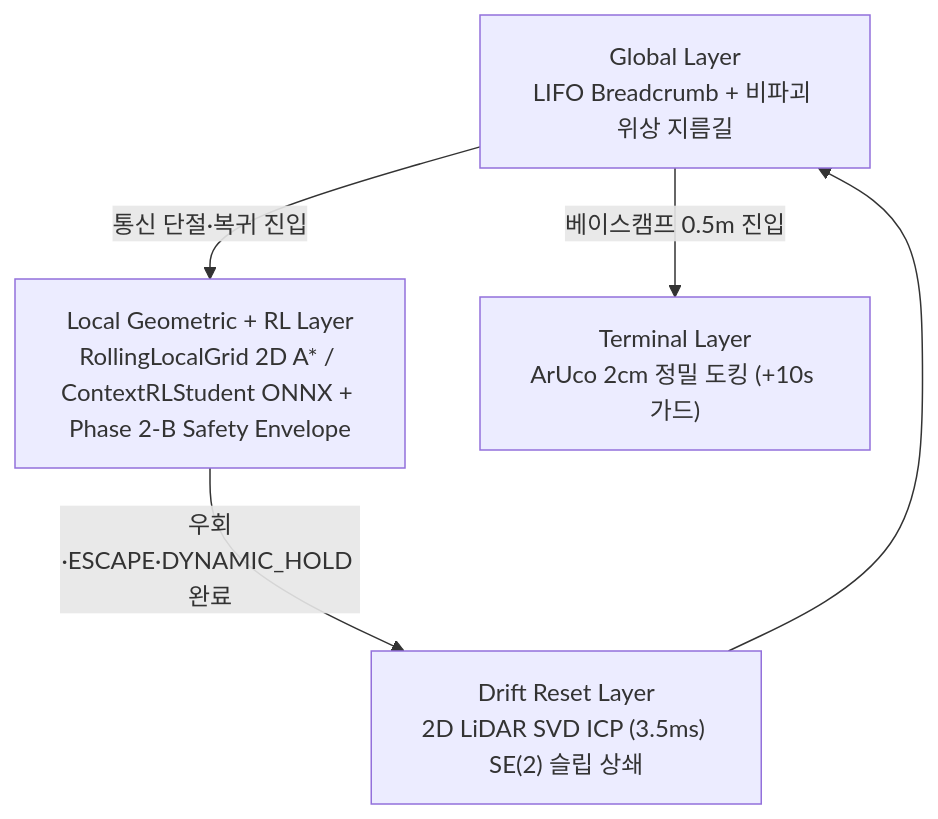
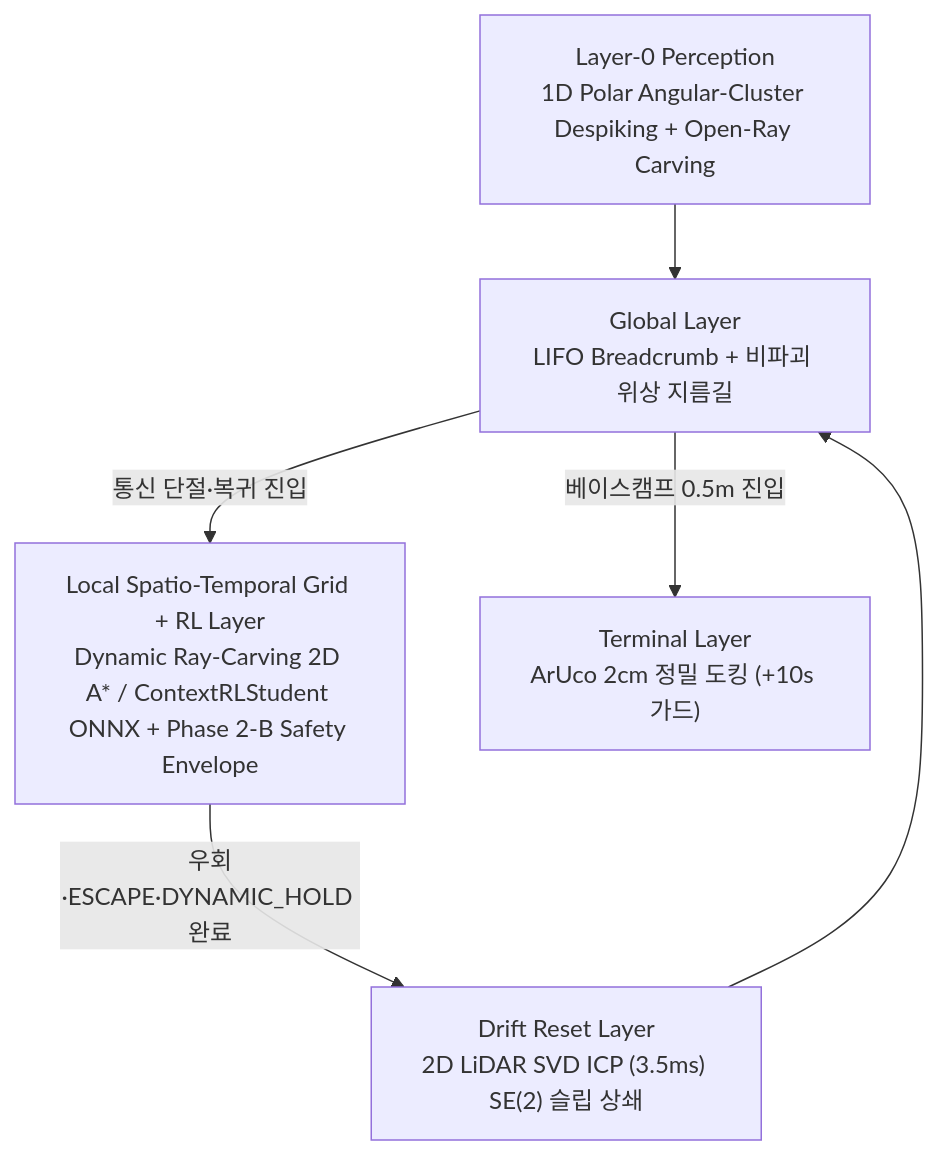
One commit to rjw136-lab/disaster_recovery_ws changed the third of 3 diagrams in README.md. Above: the diagram before and after it, drawn with Mermaid. The commit also changed other lines of this file and 31 other files, not shown here.

````diff
--- a/README.md
+++ b/README.md
@@ -238,7 +238,8 @@
 ```mermaid
 flowchart TD
-    G["Global Layer<br/>LIFO Breadcrumb + 비파괴 위상 지름길"] -->|"통신 단절·복귀 진입"| L["Local Geometric + RL Layer<br/>RollingLocalGrid 2D A* / ContextRLStudent ONNX + Phase 2-B Safety Envelope"]
+    S["Layer-0 Perception<br/>1D Polar Angular-Cluster Despiking + Open-Ray Carving"] --> G["Global Layer<br/>LIFO Breadcrumb + 비파괴 위상 지름길"]
+    G -->|"통신 단절·복귀 진입"| L["Local Spatio-Temporal Grid + RL Layer<br/>Dynamic Ray-Carving 2D A* / ContextRLStudent ONNX + Phase 2-B Safety Envelope"]
     L -->|"우회·ESCAPE·DYNAMIC_HOLD 완료"| D["Drift Reset Layer<br/>2D LiDAR SVD ICP (3.5ms) SE(2) 슬립 상쇄"]
     D --> G
     G -->|"베이스캠프 0.5m 진입"| T["Terminal Layer<br/>ArUco 2cm 정밀 도킹 (+10s 가드)"]
 ```
````
